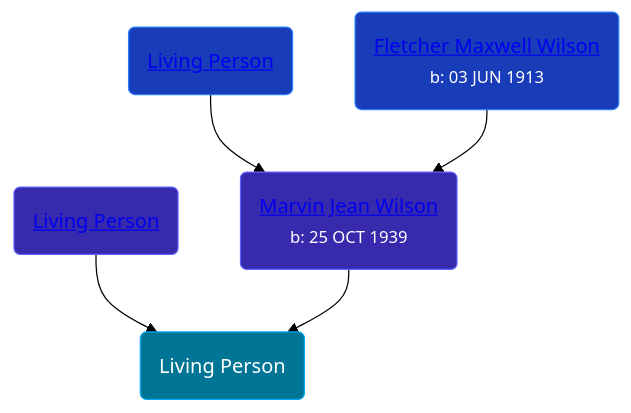
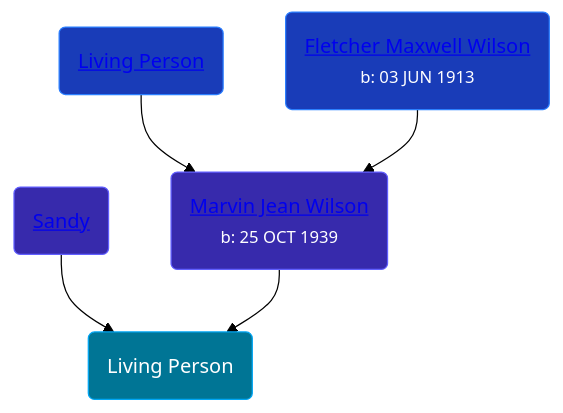
Before and after one commit to wpmgotkh/wpmgotkh.github.io: the diagram in pages/people/9/9874246.md, drawn with Mermaid (forest theme). The commit also changed other lines of this file and 586 other files, not shown here.

Commit message:
feat: better shouldConsiderPersonLiving algo

````diff
--- a/pages/people/9/9874246.md
+++ b/pages/people/9/9874246.md
@@ -10,11 +10,11 @@
 ```mermaid
 graph
 classDef grands fill:#193cb8,stroke:#2b7fff,stroke-width:1px,color:#fff;
 classDef parents fill:#372aac,stroke:#615fff,stroke-width:1px,color:#fff;
 classDef primary fill:#007595,stroke:#00a6f4,stroke-width:1px,color:#fff;
 9874246(Living Person):::primary
-30798033(<a class="text-white" href="/people/3/30798033">Living Person</a>):::parents-->9874246
+30798033(<a class="text-white" href="/people/3/30798033">Sandy </a>):::parents-->9874246
 40728128(<a class="text-white" href="/people/4/40728128">Marvin Jean Wilson</a><br /><small>b: 25 OCT 1939</small>):::parents-->9874246
 1324224(<a class="text-white" href="/people/1/1324224">Living Person</a>):::grands-->40728128
 32597724(<a class="text-white" href="/people/3/32597724">Fletcher Maxwell Wilson</a><br /><small>b: 03 JUN 1913</small>):::grands-->40728128
 ```
````
